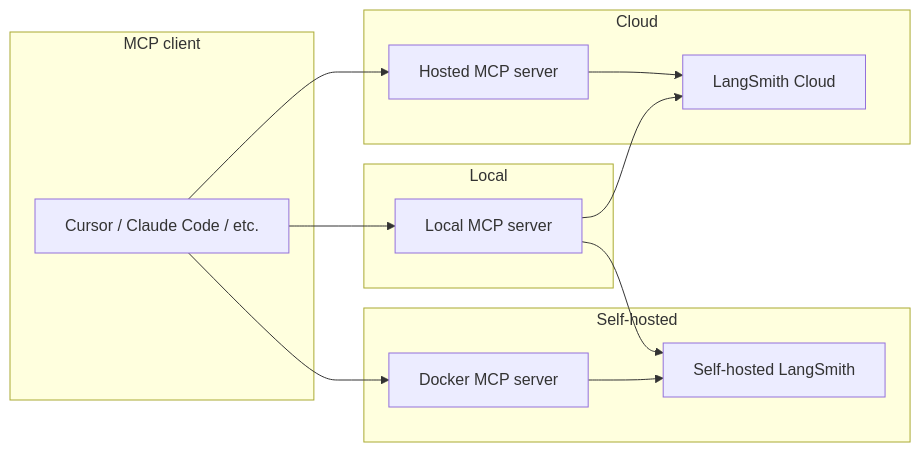
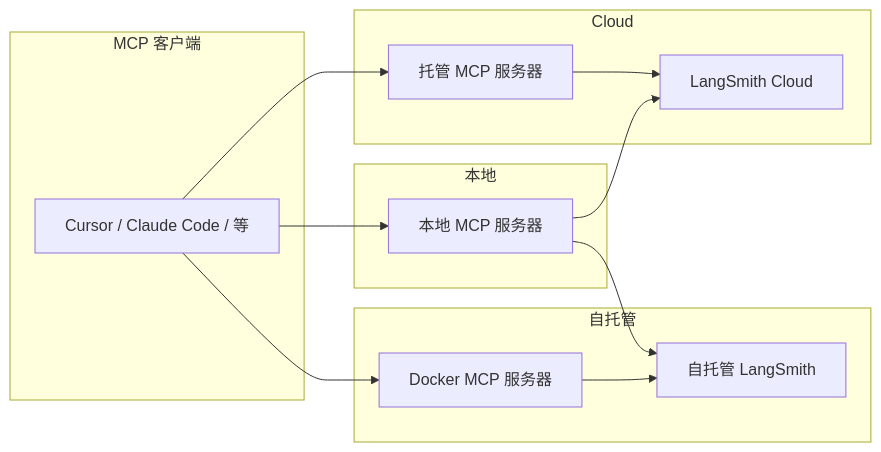
Before and after one commit to kunfan96/cndocs-langchain: the diagram in langsmith/langsmith-mcp-server.mdx, drawn with Mermaid. The commit also changed other lines of this file and 2498 other files, not shown here.

````diff
--- a/langsmith/langsmith-mcp-server.mdx
+++ b/langsmith/langsmith-mcp-server.mdx
@@ -195,28 +195,28 @@
 ```mermaid actions={false}
 flowchart LR
-  subgraph Client["MCP client"]
-    C[Cursor / Claude Code / etc.]
+  subgraph Client["MCP 客户端"]
+    C[Cursor / Claude Code / 等]
   end
 
   subgraph CloudPath["Cloud"]
-    H[Hosted MCP server]
+    H[托管 MCP 服务器]
     LSCloud[LangSmith Cloud]
   end
 
-  subgraph LocalPath["Local"]
-    LocalServer[Local MCP server]
+  subgraph LocalPath["本地"]
+    LocalServer[本地 MCP 服务器]
   end
 
-  subgraph SelfHostedPath["Self-hosted"]
-    D[Docker MCP server]
-    LSSelf[Self-hosted LangSmith]
+  subgraph SelfHostedPath["自托管"]
+    D[Docker MCP 服务器]
+    LSSelf[自托管 LangSmith]
   end
 
   C --> H
   H --> LSCloud
   C --> LocalServer
   LocalServer --> LSCloud
   LocalServer --> LSSelf
   C --> D
   D --> LSSelf
 ```
````
